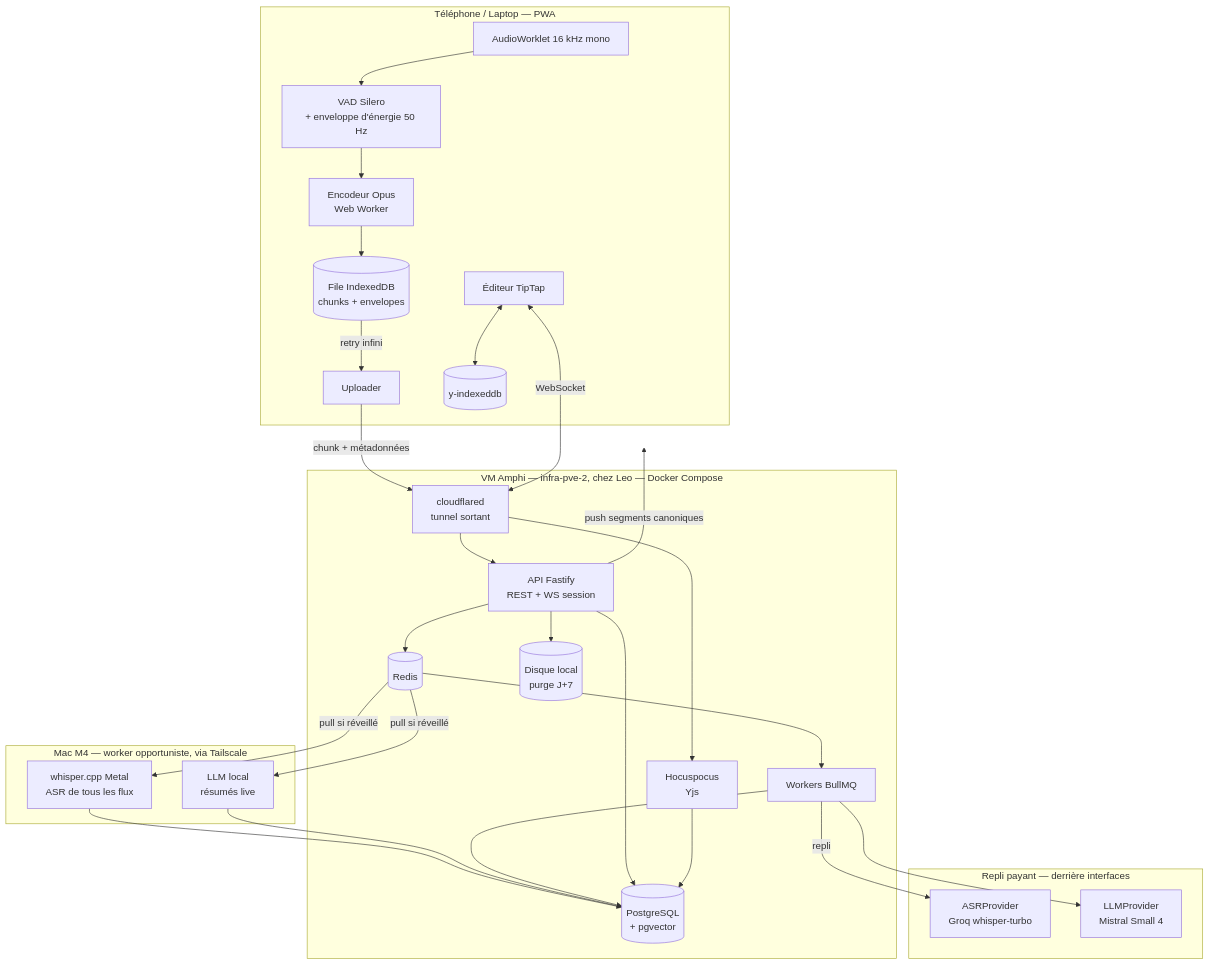
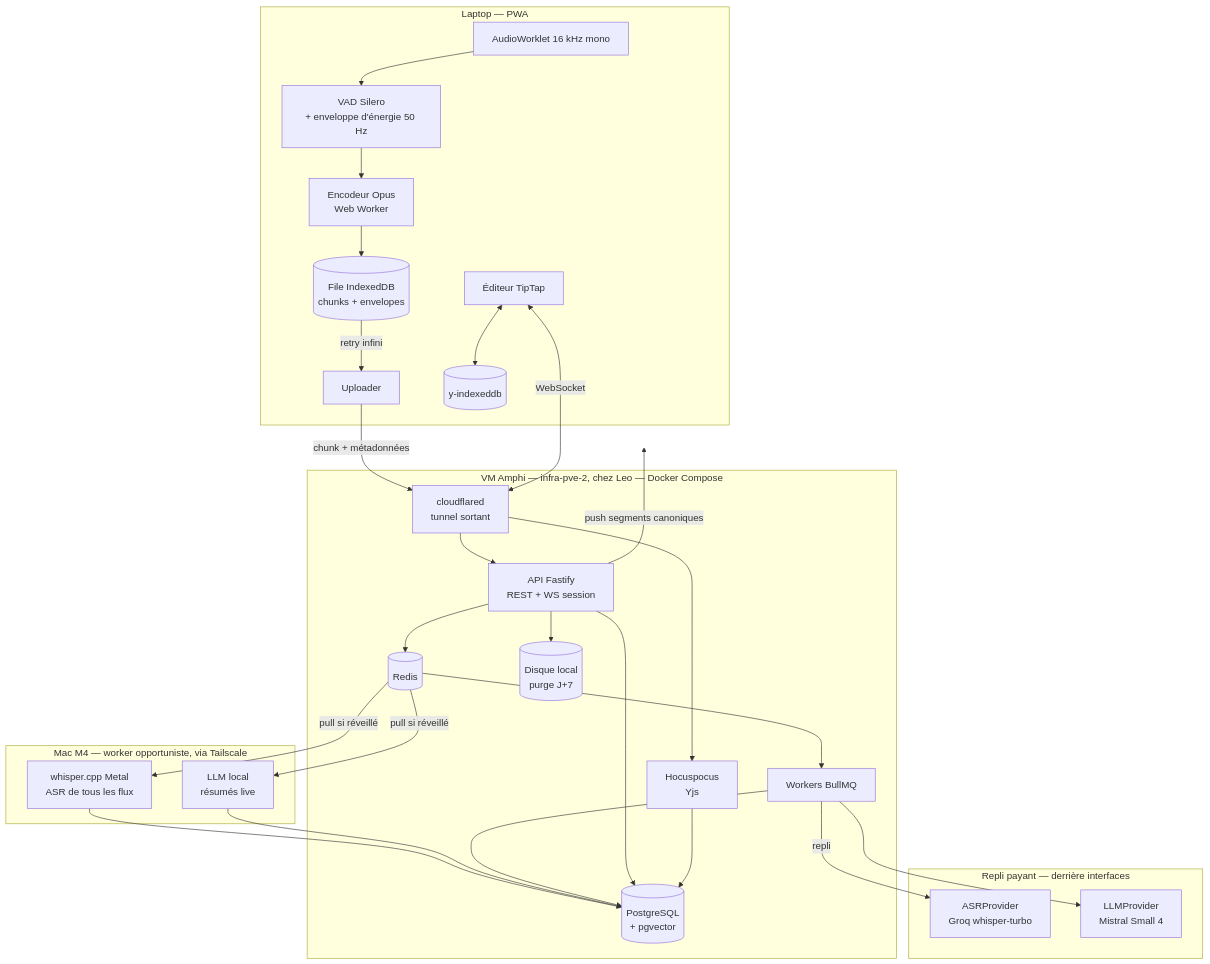
One commit to Leo-bncf/Amphi changed the first of 3 diagrams in ARCHITECTURE.md. Above: the diagram before and after it, drawn with Mermaid. The commit also changed other lines of this file, not shown here.

First line of the commit message:
doc: coherence laptop-first dans le TLDR et le schema

````diff
--- a/ARCHITECTURE.md
+++ b/ARCHITECTURE.md
@@ -41,47 +41,47 @@
 ```mermaid
 graph TB
-    subgraph Client["Téléphone / Laptop — PWA"]
+    subgraph Client["Laptop — PWA"]
         MIC["AudioWorklet 16 kHz mono"] --> VAD["VAD Silero<br/>+ enveloppe d'énergie 50 Hz"]
         VAD --> ENC["Encodeur Opus<br/>Web Worker"]
         ENC --> Q[("File IndexedDB<br/>chunks + envelopes")]
         Q -->|"retry infini"| UP["Uploader"]
         ED["Éditeur TipTap"] <--> YIDB[("y-indexeddb")]
     end
 
     subgraph Edge["VM Amphi — infra-pve-2, chez Leo — Docker Compose"]
         CFT["cloudflared<br/>tunnel sortant"]
         API["API Fastify<br/>REST + WS session"]
         RT["Hocuspocus<br/>Yjs"]
         W["Workers BullMQ"]
         PG[("PostgreSQL<br/>+ pgvector")]
         RD[("Redis")]
         FS[("Disque local<br/>purge J+7")]
     end
 
     subgraph Mac["Mac M4 — worker opportuniste, via Tailscale"]
         WHI["whisper.cpp Metal<br/>ASR de tous les flux"]
         SUM["LLM local<br/>résumés live"]
     end
 
     subgraph Ext["Repli payant — derrière interfaces"]
         ASRP["ASRProvider<br/>Groq whisper-turbo"]
         LLMP["LLMProvider<br/>Mistral Small 4"]
     end
 
     UP -->|"chunk + métadonnées"| CFT
     ED <-->|"WebSocket"| CFT
     CFT --> API
     CFT --> RT
     API --> FS
     API --> RD --> W
     RD -->|"pull si réveillé"| WHI
     RD -->|"pull si réveillé"| SUM
     WHI --> PG
     SUM --> PG
     W -->|"repli"| ASRP
     W --> LLMP
     W --> PG
     API --> PG
     RT --> PG
     API -->|"push segments canoniques"| Client
 ```
````
